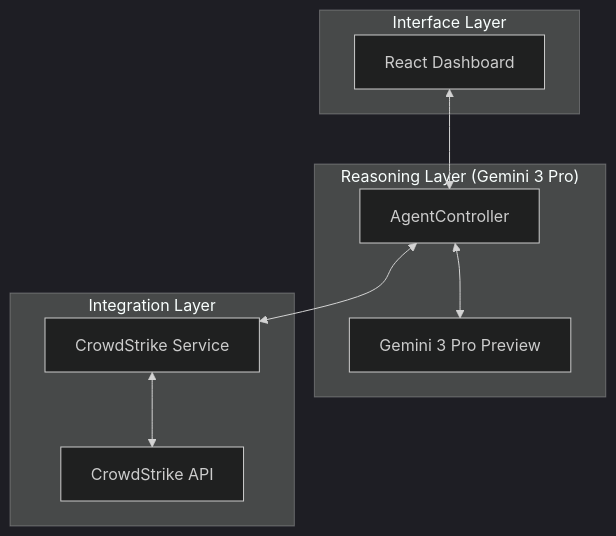
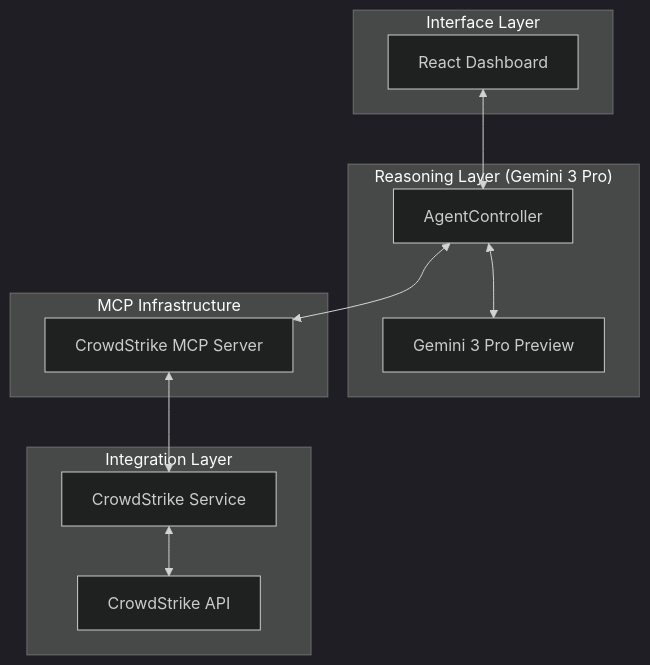
One commit to ritvikindupuri/Falcon-Intelligence changed the diagram in README.md. Above: the diagram before and after it, drawn with Mermaid (dark theme). The commit also changed other lines of this file and 13 other files, not shown here.

First line of the commit message:
feat: Integrate MCP infrastructure for AETHER

````diff
--- a/README.md
+++ b/README.md
@@ -22,21 +13,26 @@
 ```mermaid
 graph TD
     subgraph "Interface Layer"
         UI[React Dashboard]
     end
 
     subgraph "Reasoning Layer (Gemini 3 Pro)"
         Agent[AgentController]
         Model[Gemini 3 Pro Preview]
         Agent <--> Model
     end
 
+    subgraph "MCP Infrastructure"
+        MCPServer[CrowdStrike MCP Server]
+    end
+
     subgraph "Integration Layer"
         CSService[CrowdStrike Service]
         Falcon[CrowdStrike API]
         CSService <--> Falcon
     end
 
     UI <--> Agent
-    Agent <--> CSService
+    Agent <--> MCPServer
+    MCPServer <--> CSService
 ```
````
